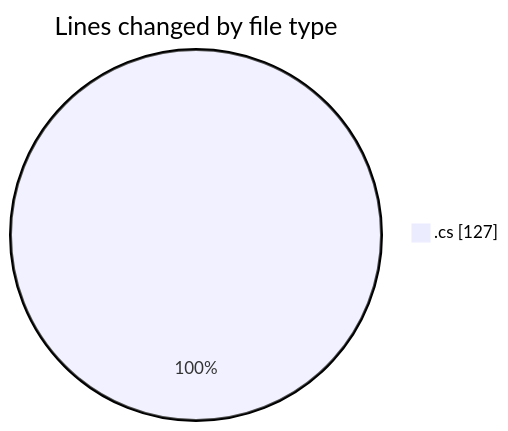
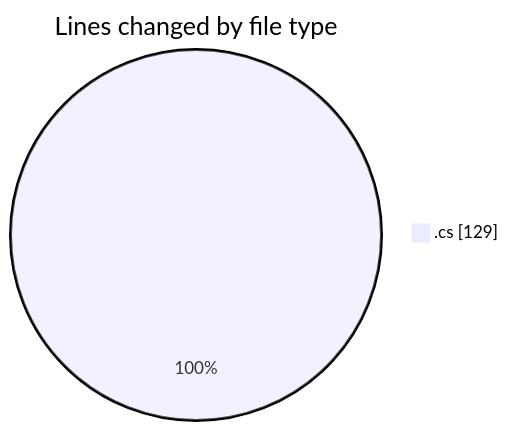
One commit to Netris89/code-tracking changed the first of 2 diagrams in 2025-03-21/back-end/README.md. Above: the diagram before and after it, drawn with Mermaid. The commit also changed other lines of this file and 1 other file, not shown here.

````diff
--- a/2025-03-21/back-end/README.md
+++ b/2025-03-21/back-end/README.md
@@ -20,5 +20,5 @@
 ```mermaid
 pie showData
 title Lines changed by file type
-".cs" : 127
+".cs" : 129
 ```
````
